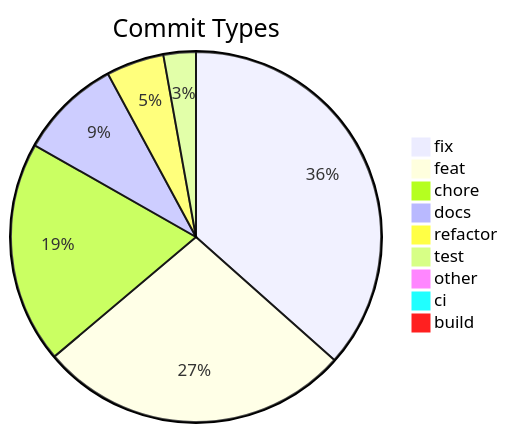
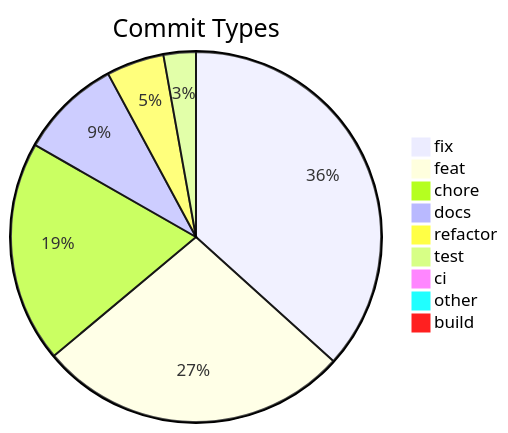
The diagram in .shipwright/compliance/change-history.md (svenroth-ai/shipwright-webui), drawn with Mermaid before and after one commit. The commit also changed other lines of this file and 10 other files, not shown here.

````diff
--- a/.shipwright/compliance/change-history.md
+++ b/.shipwright/compliance/change-history.md
@@ -8,12 +8,12 @@
 ```mermaid
 pie title Commit Types
-    "fix" : 181
+    "fix" : 182
     "feat" : 135
     "chore" : 96
     "docs" : 44
     "refactor" : 25
     "test" : 14
+    "ci" : 4
     "other" : 4
-    "ci" : 3
     "build" : 1
 ```
````
